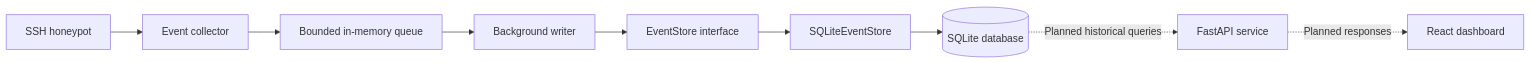
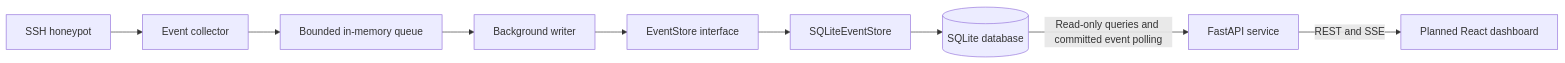
Before and after one commit to bgr-github/Panopticon: the diagram in Architecture.md, drawn with Mermaid. The commit also changed other lines of this file and 14 other files, not shown here.

Commit message:
Created API and SSE stream

````diff
--- a/Architecture.md
+++ b/Architecture.md
@@ -6,11 +6,11 @@
 ```mermaid
 flowchart LR
     Honeypot[SSH honeypot] --> Handler[Event collector]
     Handler --> Queue[Bounded in-memory queue]
     Queue --> Writer[Background writer]
     Writer --> Store[EventStore interface]
     Store --> SQLite[SQLiteEventStore]
     SQLite --> DB[(SQLite database)]
-    DB -. Planned historical queries .-> API[FastAPI service]
-    API -. Planned responses .-> UI[React dashboard]
+    DB -- Read-only queries and committed event polling --> API[FastAPI service]
+    API -- REST and SSE --> UI[Planned React dashboard]
 ```
````
